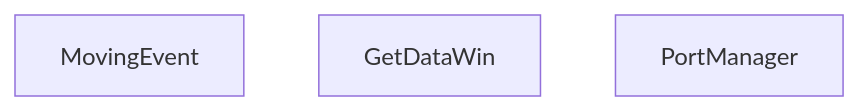
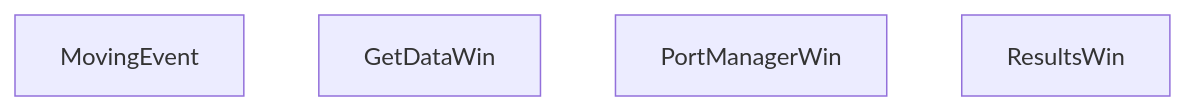
Before and after one commit to Katarni/Seaport: the second of 3 diagrams in report.md, drawn with Mermaid. The commit also changed other lines of this file and 4 other files, not shown here.

````diff
--- a/report.md
+++ b/report.md
@@ -24,6 +25,7 @@
 ```mermaid
 graph BT;
 	MovingEvent;
 	GetDataWin;
-	PortManager;
+	PortManagerWin;   
+	ResultsWin;
 ```
````
